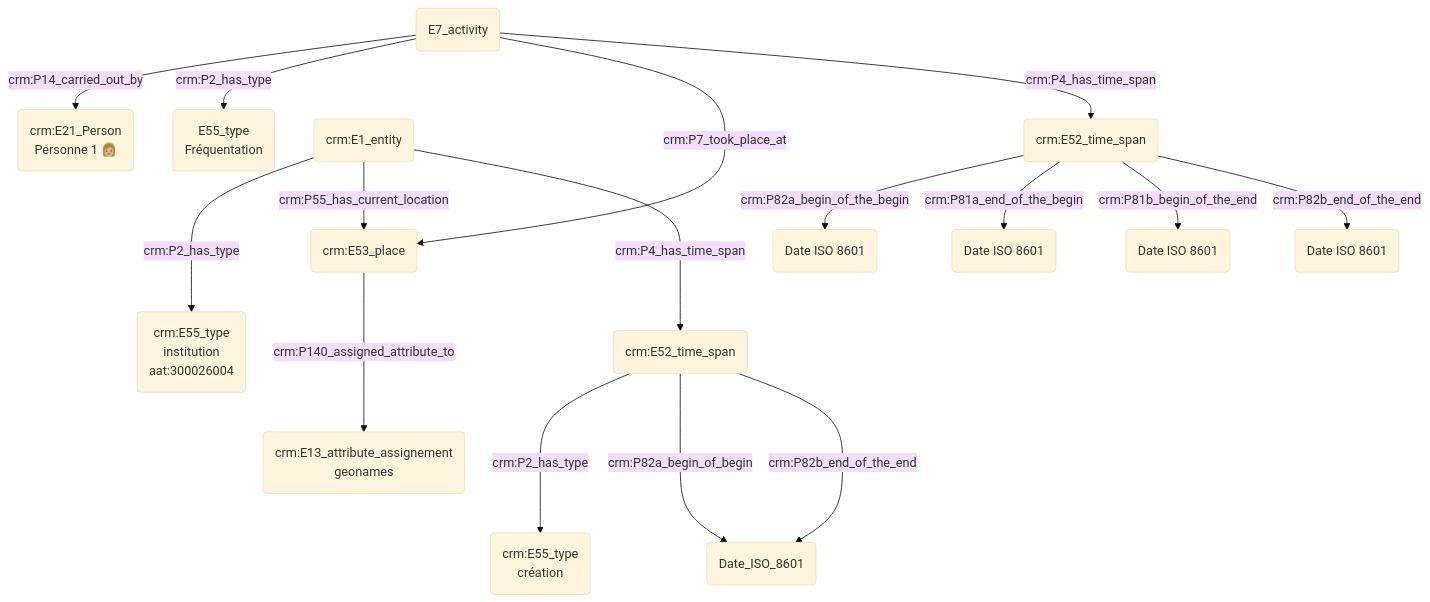
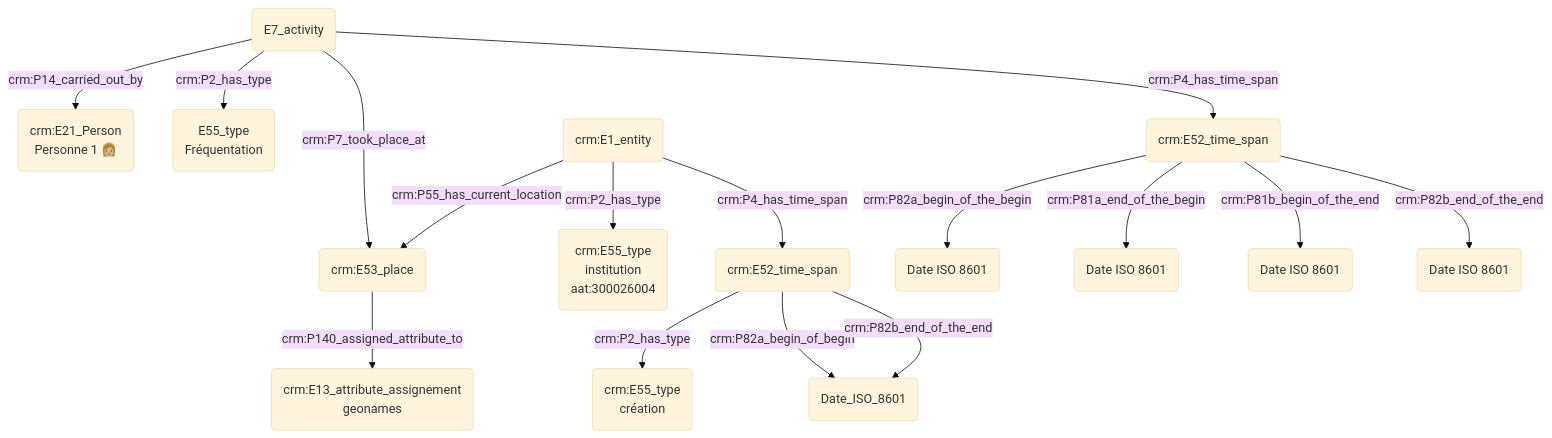
Before and after one commit to Amleth/consortium-musica2-gt2-ontologies: the diagram in modules/livrables/Dossier 2/Prosopographie/fréquentation d'une institution.md, drawn with Mermaid (base theme).

Commit message:
Update fréquentation d'une institution.md

````diff
--- a/modules/livrables/Dossier 2/Prosopographie/fréquentation d'une institution.md
+++ b/modules/livrables/Dossier 2/Prosopographie/fréquentation d'une institution.md
@@ -11,21 +11,21 @@
 ```mermaid
 graph TD;
 
 B(E7_activity) -->|crm:P14_carried_out_by| A("crm:E21_Person<br>Personne 1 👩🏼")
 B(E7_activity) -->|crm:P2_has_type| C(E55_type<br>Fréquentation)
 
 B(E7_activity) --->|crm:P7_took_place_at| K(E53_place)
-I(crm:E1_entity) --->|crm:P2_has_type| J(crm:E55_type<br>institution<br>aat:300026004)
+I(crm:E1_entity) -->|crm:P2_has_type| J(crm:E55_type<br>institution<br>aat:300026004)
 I(crm:E1_entity) -->|crm:P55_has_current_location| K(crm:E53_place)
-K(crm:E53_place) --->|crm:P140_assigned_attribute_to| L(crm:E13_attribute_assignement<br>geonames)
-I(crm:E1_entity) --->|crm:P4_has_time_span| M(crm:E52_time_span)
-M(crm:E52_time_span) --->|crm:P2_has_type| N(crm:E55_type<br>création)
-M(crm:E52_time_span) --->|crm:P82a_begin_of_begin| O(Date_ISO_8601)
-M(crm:E52_time_span) --->|crm:P82b_end_of_the_end| O(Date_ISO_8601)
+K(crm:E53_place) -->|crm:P140_assigned_attribute_to| L(crm:E13_attribute_assignement<br>geonames)
+I(crm:E1_entity) -->|crm:P4_has_time_span| M(crm:E52_time_span)
+M(crm:E52_time_span) -->|crm:P2_has_type| N(crm:E55_type<br>création)
+M(crm:E52_time_span) -->|crm:P82a_begin_of_begin| O(Date_ISO_8601)
+M(crm:E52_time_span) -->|crm:P82b_end_of_the_end| O(Date_ISO_8601)
 
 B(E7_activity) --> |crm:P4_has_time_span| D(crm:E52_time_span)
 D(crm:E52_time_span) --> |crm:P82a_begin_of_the_begin| E("Date ISO 8601")
 D(crm:E52_time_span) --> |crm:P81a_end_of_the_begin| F("Date ISO 8601")
 D(crm:E52_time_span) --> |crm:P81b_begin_of_the_end|G("Date ISO 8601")
 D(crm:E52_time_span) --> |crm:P82b_end_of_the_end| H("Date ISO 8601")
 ```
````
